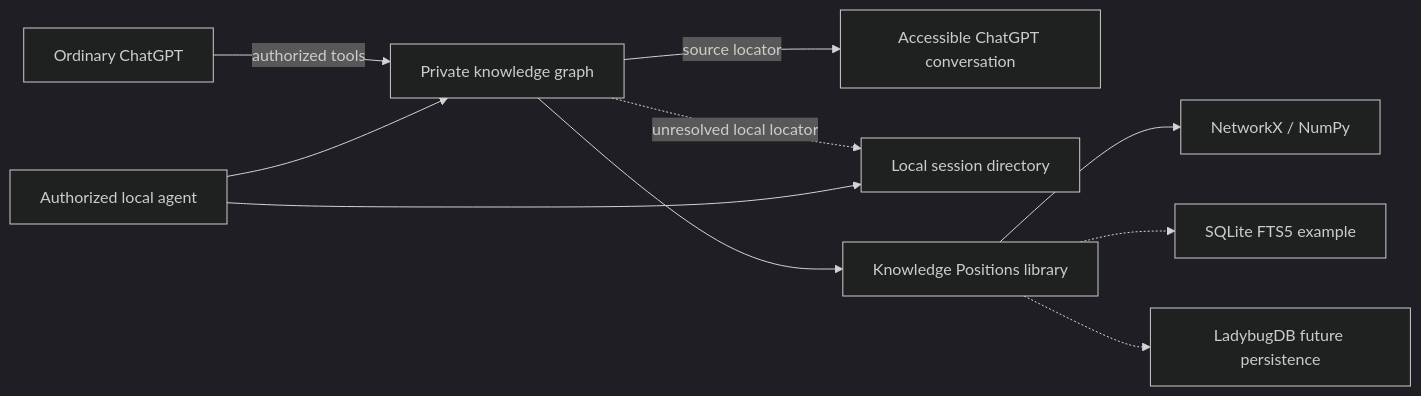
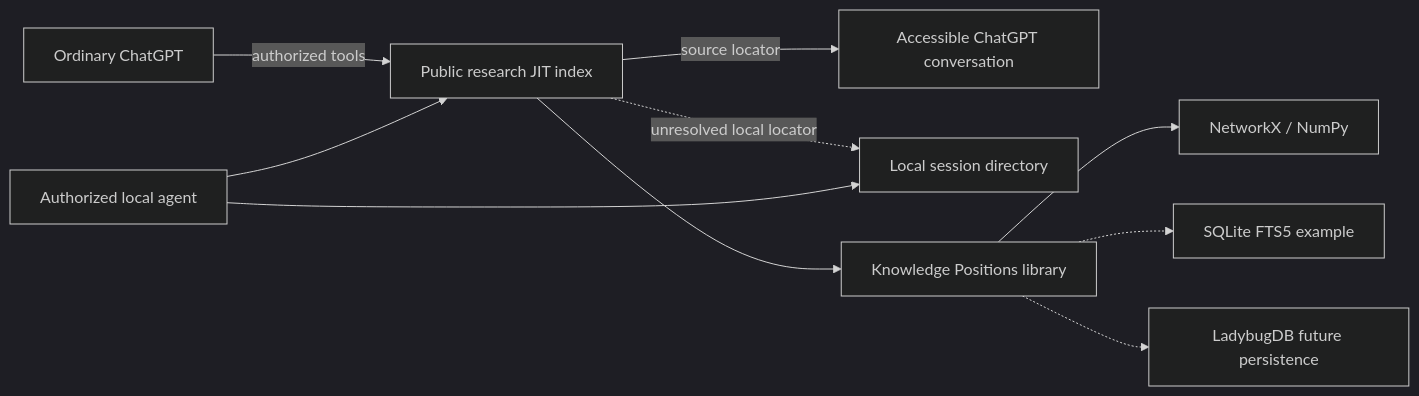
The fourth of 4 diagrams in knowledge-positions/ARCHITECTURE.md (l00p3rl00p/barely-passable-ai-stuff), drawn with Mermaid (dark theme) before and after one commit.

Commit message:
Align architecture runtime label with public JIT

````diff
--- a/knowledge-positions/ARCHITECTURE.md
+++ b/knowledge-positions/ARCHITECTURE.md
@@ -77,12 +77,12 @@
 ```mermaid
 flowchart LR
-  C[Ordinary ChatGPT] -->|authorized tools| P[Private knowledge graph]
+  C[Ordinary ChatGPT] -->|authorized tools| P[Public research JIT index]
   P -->|source locator| W[Accessible ChatGPT conversation]
   P -.->|unresolved local locator| L[Local session directory]
   A[Authorized local agent] --> L
   A --> P
   P --> K[Knowledge Positions library]
   K --> N[NetworkX / NumPy]
   K -.-> F[SQLite FTS5 example]
   K -.-> B[LadybugDB future persistence]
 ```
````
